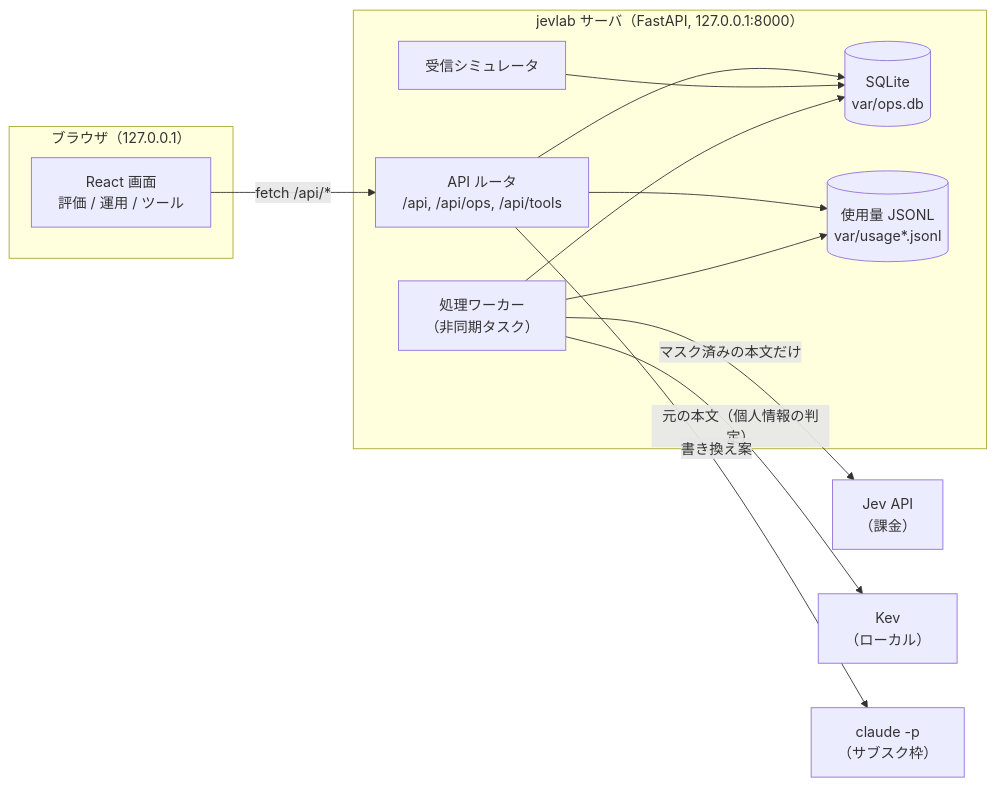
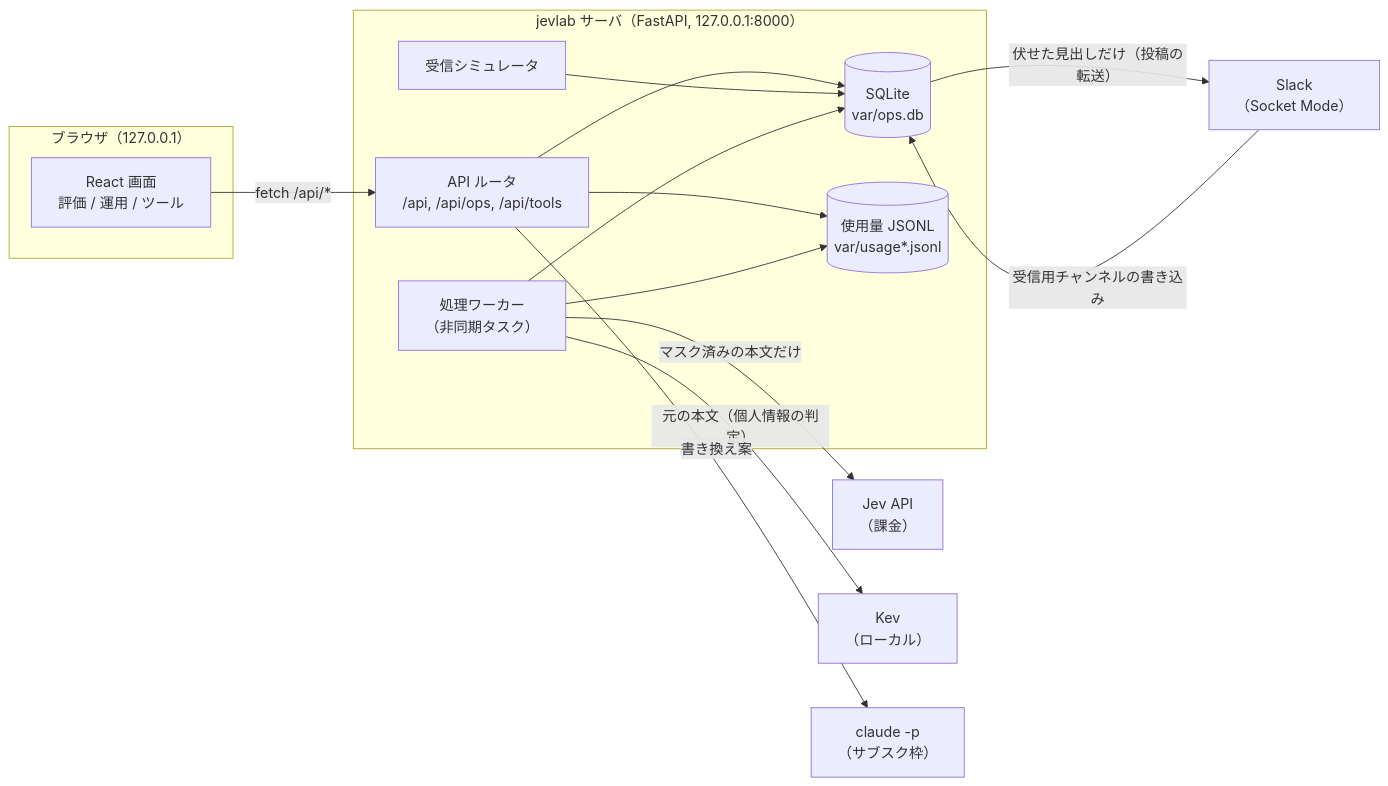
The first of 2 diagrams in docs/architecture.md (k-shimura7617/jevlab), drawn with Mermaid before and after one commit. The commit also changed other lines of this file and 6 other files, not shown here.

````diff
--- a/docs/architecture.md
+++ b/docs/architecture.md
@@ -15,25 +15,28 @@
 ```mermaid
 flowchart LR
   subgraph Browser["ブラウザ（127.0.0.1）"]
     UI["React 画面<br/>評価 / 運用 / ツール"]
   end
   subgraph Server["jevlab サーバ（FastAPI, 127.0.0.1:8000）"]
     API["API ルータ<br/>/api, /api/ops, /api/tools"]
     Worker["処理ワーカー<br/>（非同期タスク）"]
     Sim["受信シミュレータ"]
     Store[("SQLite<br/>var/ops.db")]
     Usage[("使用量 JSONL<br/>var/usage*.jsonl")]
   end
   Jev["Jev API<br/>（課金）"]
   Kev["Kev<br/>（ローカル）"]
   Claude["claude -p<br/>（サブスク枠）"]
+  Slack["Slack<br/>（Socket Mode）"]
   UI -- "fetch /api/*" --> API
   API --> Store
   Sim --> Store
   Worker --> Store
   Worker -- "マスク済みの本文だけ" --> Jev
   Worker -- "元の本文（個人情報の判定）" --> Kev
   API -- "書き換え案" --> Claude
   API --> Usage
   Worker --> Usage
+  Store -- "伏せた見出しだけ（投稿の転送）" --> Slack
+  Slack -- "受信用チャンネルの書き込み" --> Store
 ```
````
